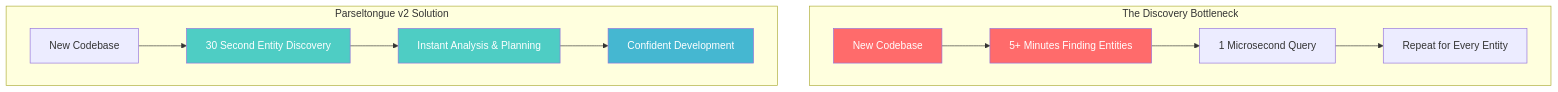
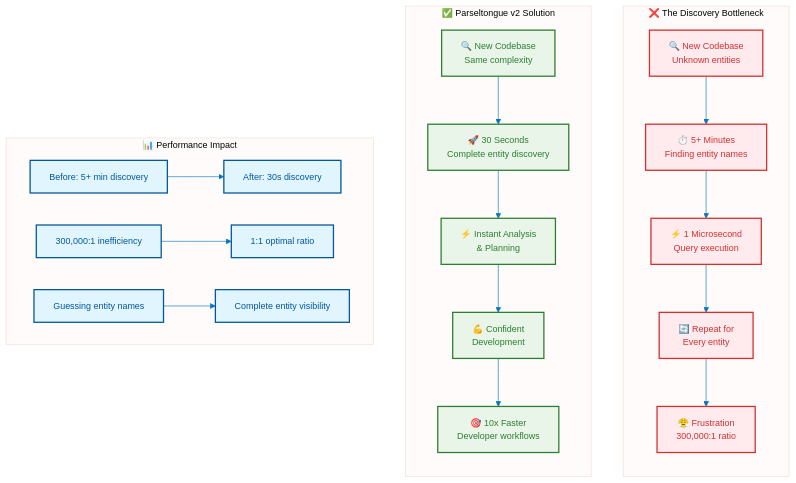
The first of 6 diagrams in README.md (that-in-rust/parseltongue), drawn with Mermaid before and after one commit. The commit also changed other lines of this file and 7 other files, not shown here.

First line of the commit message:
feat: Add comprehensive Mermaid diagrams for amazing documentation

````diff
--- a/README.md
+++ b/README.md
@@ -10,20 +10,38 @@
 ```mermaid
-graph TD
-    subgraph "The Discovery Bottleneck"
-        A[New Codebase] --> B[5+ Minutes Finding Entities]
-        B --> C[1 Microsecond Query]
-        C --> D[Repeat for Every Entity]
+%%{init: {'theme':'base', 'themeVariables': {'primaryColor':'#e1f5fe', 'primaryTextColor':'#01579b', 'lineColor':'#0277bd', 'fontFamily':'Arial', 'fontSize':'14px'}}}%%
+flowchart TD
+    subgraph "❌ The Discovery Bottleneck"
+        direction TB
+        A["🔍 New Codebase<br/>Unknown entities"] 
+        A --> B["⏱️ 5+ Minutes<br/>Finding entity names"]
+        B --> C["⚡ 1 Microsecond<br/>Query execution"]
+        C --> D["🔄 Repeat for<br/>Every entity"]
+        D --> E["😤 Frustration<br/>300,000:1 ratio"]
     end
     
-    subgraph "Parseltongue v2 Solution"
-        E[New Codebase] --> F[30 Second Entity Discovery]
-        F --> G[Instant Analysis & Planning]
-        G --> H[Confident Development]
+    subgraph "✅ Parseltongue v2 Solution"
+        direction TB
+        F["🔍 New Codebase<br/>Same complexity"]
+        F --> G["🚀 30 Seconds<br/>Complete entity discovery"]
+        G --> H["⚡ Instant Analysis<br/>& Planning"]
+        H --> I["💪 Confident<br/>Development"]
+        I --> J["🎯 10x Faster<br/>Developer workflows"]
     end
     
-    style A fill:#ff6b6b,color:#fff
-    style B fill:#ff6b6b,color:#fff
-    style F fill:#4ecdc4,color:#fff
-    style G fill:#4ecdc4,color:#fff
-    style H fill:#45b7d1,color:#fff
+    %% Performance comparison
+    subgraph "📊 Performance Impact"
+        direction LR
+        K["Before: 5+ min discovery"] --> L["After: 30s discovery"]
+        M["300,000:1 inefficiency"] --> N["1:1 optimal ratio"]
+        O["Guessing entity names"] --> P["Complete entity visibility"]
+    end
+    
+    %% Styling
+    classDef problem fill:#ffebee,stroke:#d32f2f,stroke-width:2px,color:#d32f2f
+    classDef solution fill:#e8f5e8,stroke:#2e7d32,stroke-width:2px,color:#2e7d32
+    classDef impact fill:#e1f5fe,stroke:#01579b,stroke-width:2px,color:#01579b
+    
+    class A,B,C,D,E problem
+    class F,G,H,I,J solution
+    class K,L,M,N,O,P impact
 ```
````
